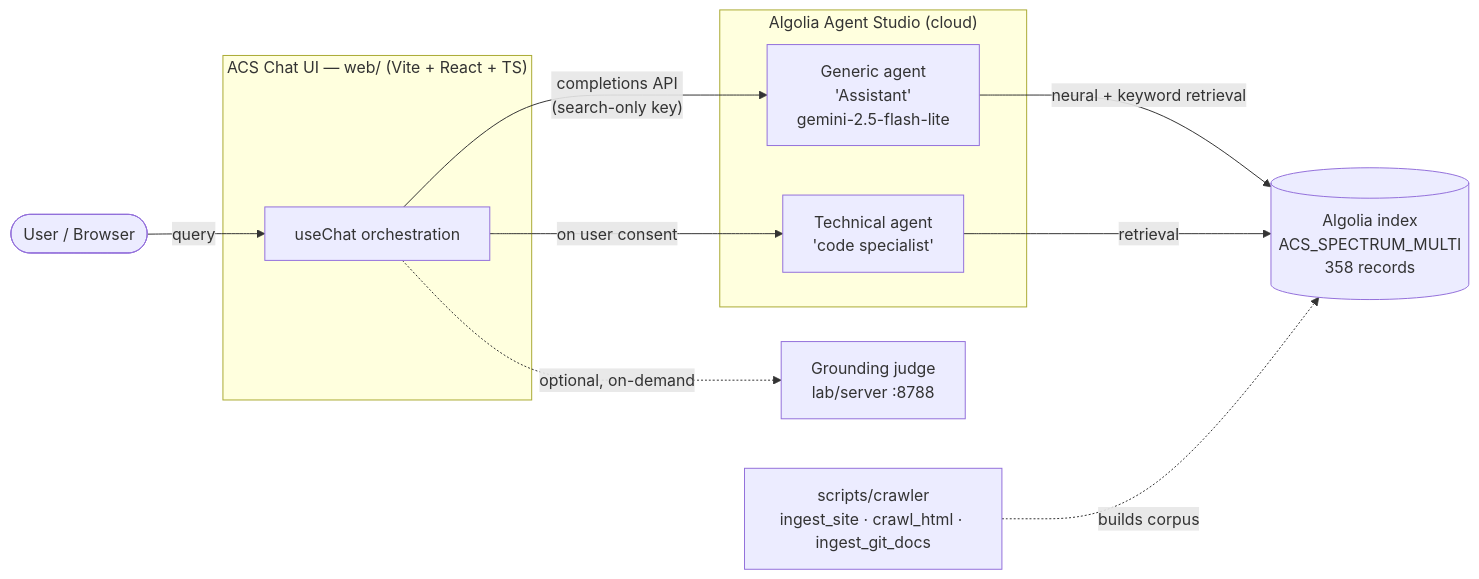
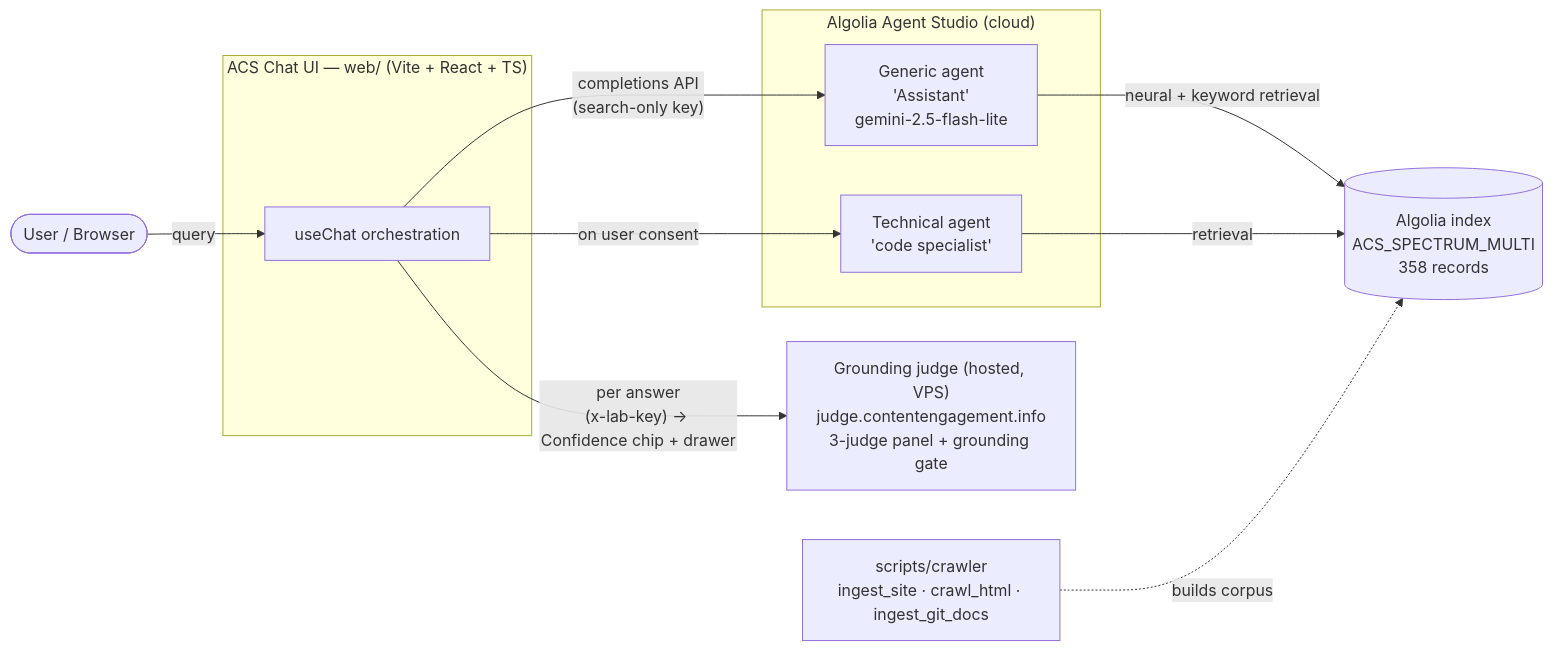
The first of 2 diagrams in README.md (arijitchowdhury80/algolia-central-spectrum), drawn with Mermaid before and after one commit. The commit also changed 3 other files, not shown here.

First line of the commit message:
docs: v0.3.0 — judge now hosted+per-answer in README diagram + architecture; bump version

````diff
--- a/README.md
+++ b/README.md
@@ -25,22 +25,22 @@
 ```mermaid
 flowchart LR
   U([User / Browser])
   subgraph Client["ACS Chat UI — web/  (Vite + React + TS)"]
     APP[useChat orchestration]
   end
   subgraph AS["Algolia Agent Studio (cloud)"]
     GEN["Generic agent<br/>'Assistant'<br/>gemini-2.5-flash-lite"]
     TECH["Technical agent<br/>'code specialist'"]
   end
   IDX[("Algolia index<br/>ACS_SPECTRUM_MULTI<br/>358 records")]
-  JUDGE["Grounding judge<br/>lab/server :8788"]
+  JUDGE["Grounding judge (hosted, VPS)<br/>judge.contentengagement.info<br/>3-judge panel + grounding gate"]
   SCR["scripts/crawler<br/>ingest_site · crawl_html · ingest_git_docs"]
 
   U -->|query| APP
   APP -->|"completions API<br/>(search-only key)"| GEN
   APP -->|on user consent| TECH
   GEN -->|neural + keyword retrieval| IDX
   TECH -->|retrieval| IDX
-  APP -.optional, on-demand.-> JUDGE
+  APP -->|"per answer<br/>(x-lab-key) → Confidence chip + drawer"| JUDGE
   SCR -.builds corpus.-> IDX
 ```
````
